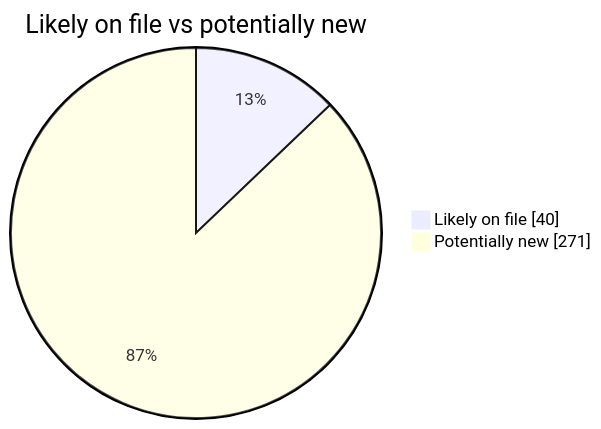
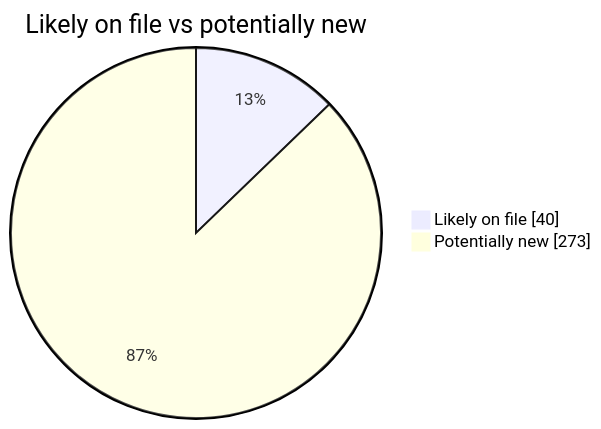
The second of 4 diagrams in README.md (martinbalfanz/social-scanner-reports), drawn with Mermaid before and after one commit. The commit also changed other lines of this file and 2 other files, not shown here.

````diff
--- a/README.md
+++ b/README.md
@@ -40,5 +40,5 @@
 ```mermaid
 pie showData title Likely on file vs potentially new
     "Likely on file" : 40
-    "Potentially new" : 271
+    "Potentially new" : 273
 ```
````
